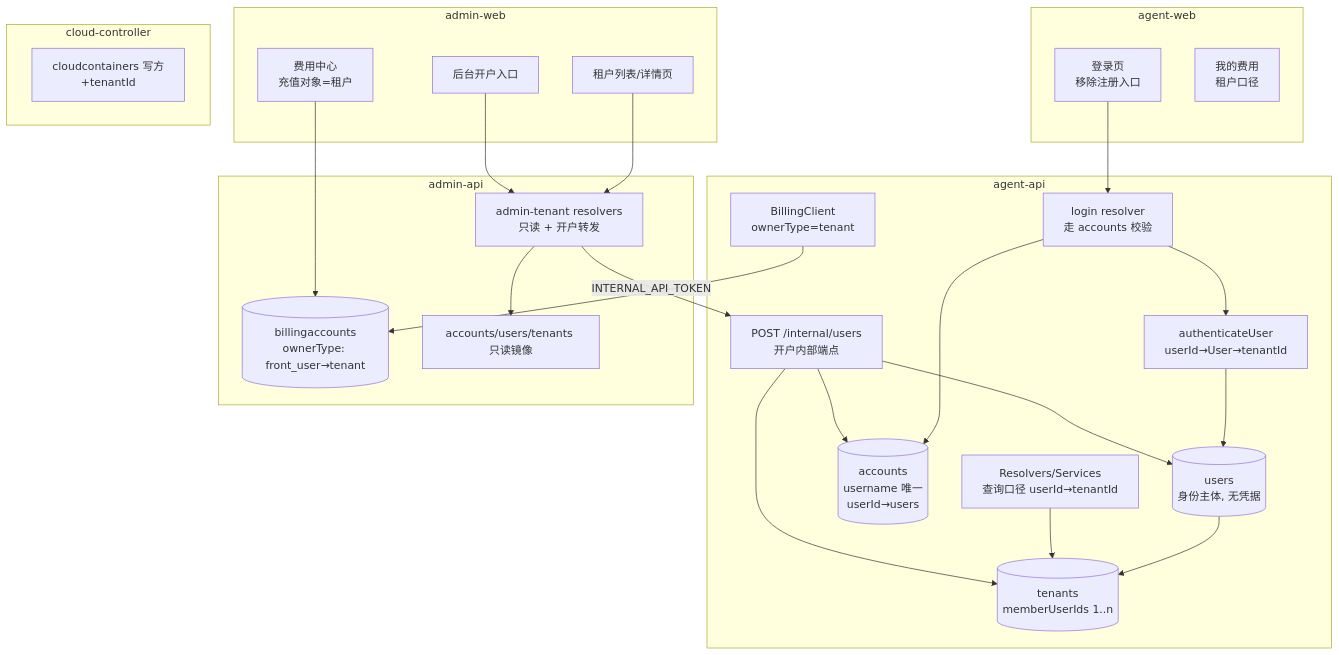
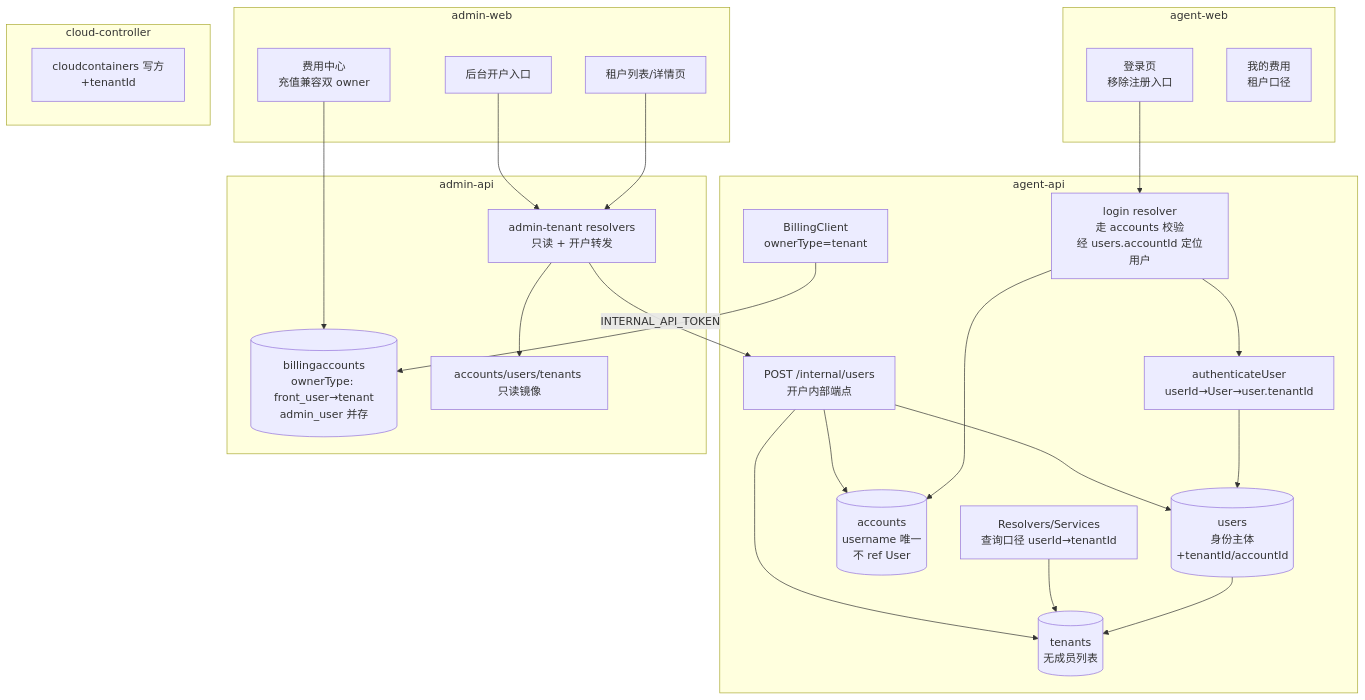
Before and after one commit to Deliay/z-agent-gear: the second of 6 diagrams in docs/engineering/proposals/20261027-feat-multi-tenant-phase1.md, drawn with Mermaid. The commit also changed other lines of this file and 3 other files, not shown here.

````diff
--- a/docs/engineering/proposals/20261027-feat-multi-tenant-phase1.md
+++ b/docs/engineering/proposals/20261027-feat-multi-tenant-phase1.md
@@ -68,40 +73,40 @@
 ```mermaid
 graph TD
     subgraph agent-web
         L[登录页<br/>移除注册入口]
         B1[我的费用<br/>租户口径]
     end
     subgraph admin-web
         T1[租户列表/详情页]
         T2[后台开户入口]
-        B2[费用中心<br/>充值对象=租户]
+        B2[费用中心<br/>充值兼容双 owner]
     end
     subgraph agent-api
-        AUTH[authenticateUser<br/>userId→User→tenantId]
-        LOGIN[login resolver<br/>走 accounts 校验]
+        AUTH[authenticateUser<br/>userId→User→user.tenantId]
+        LOGIN[login resolver<br/>走 accounts 校验<br/>经 users.accountId 定位用户]
         RS[Resolvers/Services<br/>查询口径 userId→tenantId]
-        ACC[(accounts<br/>username 唯一<br/>userId→users)]
-        USR[(users<br/>身份主体, 无凭据)]
-        TEN[(tenants<br/>memberUserIds 1..n)]
+        ACC[(accounts<br/>username 唯一<br/>不 ref User)]
+        USR[(users<br/>身份主体<br/>+tenantId/accountId)]
+        TEN[(tenants<br/>无成员列表)]
         IU[POST /internal/users<br/>开户内部端点]
         BC[BillingClient<br/>ownerType=tenant]
     end
     subgraph admin-api
         TR[admin-tenant resolvers<br/>只读 + 开户转发]
-        BA[(billingaccounts<br/>ownerType: front_user→tenant)]
+        BA[(billingaccounts<br/>ownerType: front_user→tenant<br/>admin_user 并存)]
         MIR[accounts/users/tenants 只读镜像]
     end
     subgraph cloud-controller
         CC[cloudcontainers 写方<br/>+tenantId]
     end
     L --> LOGIN --> ACC
     LOGIN --> AUTH --> USR --> TEN
     RS --> TEN
     T1 --> TR --> MIR
     T2 --> TR -->|INTERNAL_API_TOKEN| IU
     IU --> ACC
     IU --> USR
     IU --> TEN
     B2 --> BA
     BC --> BA
 ```
````
